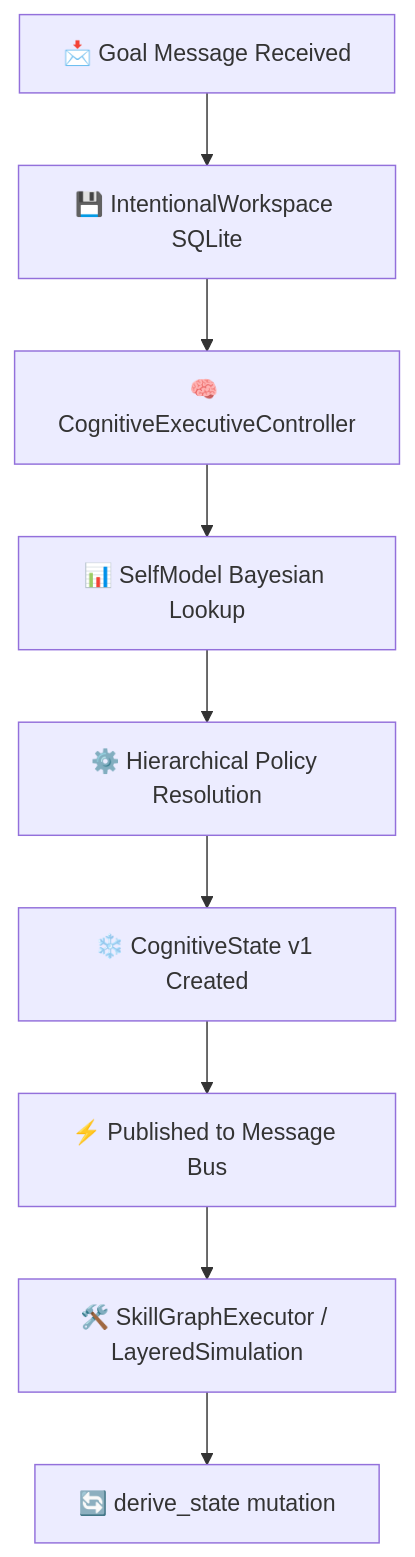
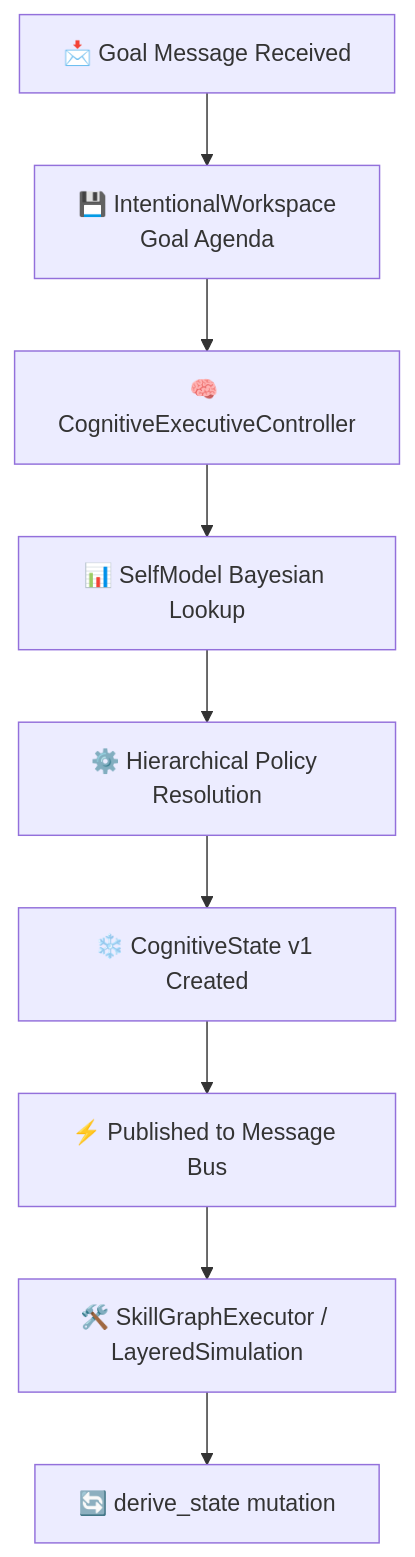
Before and after one commit to HBLLM/hbllm-core: the third of 4 diagrams in docs/architecture/cognitive-subsystems.md, drawn with Mermaid. The commit also changed other lines of this file and 3 other files, not shown here.

First line of the commit message:
docs: update architecture docs for HCIR migration and LoRA removal

````diff
--- a/docs/architecture/cognitive-subsystems.md
+++ b/docs/architecture/cognitive-subsystems.md
@@ -184,11 +182,11 @@
 ```mermaid
 graph TD
-    GoalArrival[📩 Goal Message Received] --> IWS[💾 IntentionalWorkspace SQLite]
+    GoalArrival[📩 Goal Message Received] --> IWS[💾 IntentionalWorkspace<br/>Goal Agenda]
     IWS --> CEC[🧠 CognitiveExecutiveController]
     CEC --> SelfModel[📊 SelfModel Bayesian Lookup]
     SelfModel --> Policy[⚙️ Hierarchical Policy Resolution]
     Policy --> InitState[❄️ CognitiveState v1 Created]
     InitState --> Bus[⚡ Published to Message Bus]
     Bus --> Executors[🛠️ SkillGraphExecutor / LayeredSimulation]
     Executors --> NextState[🔄 derive_state mutation]
 ```
````
